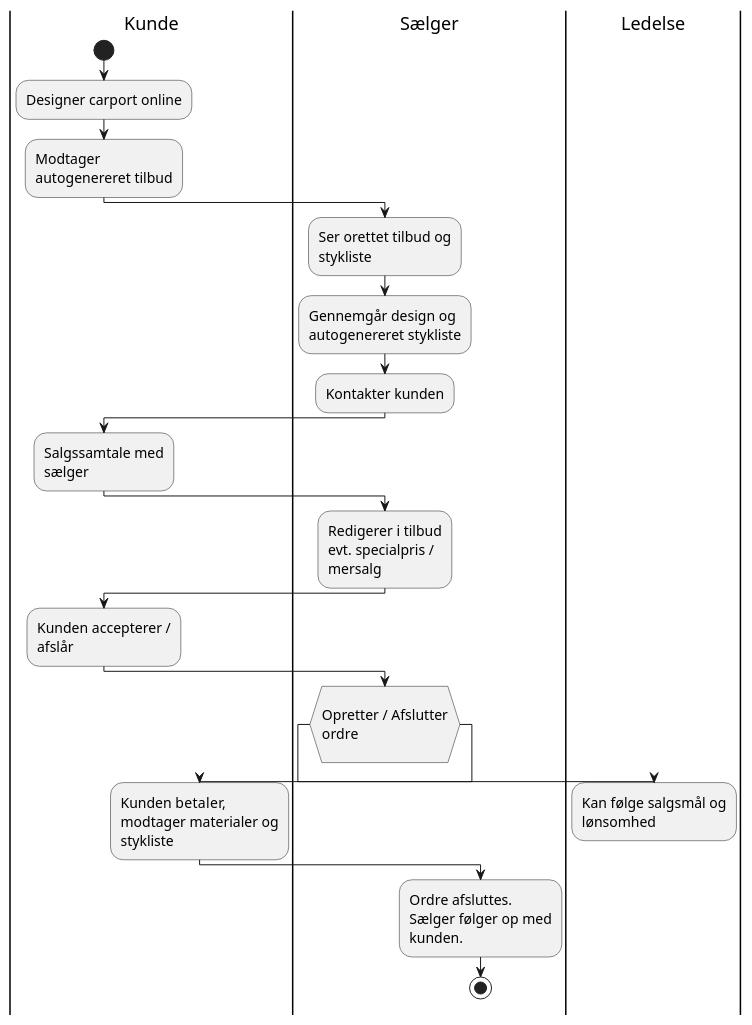
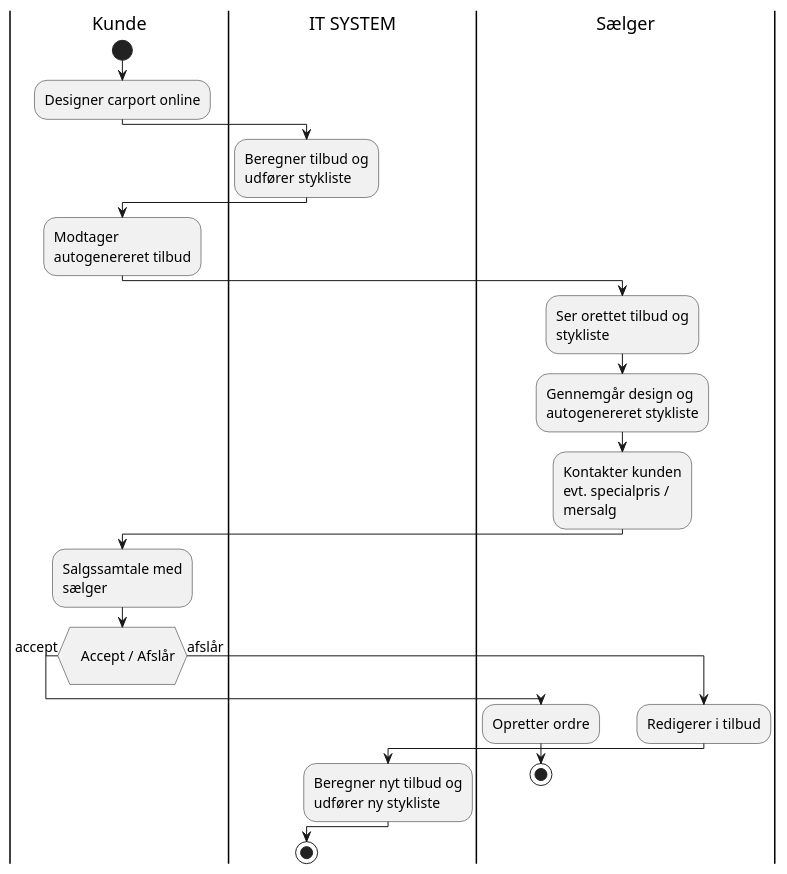
Before and after one commit to kalhauge/Fog: the second of 2 diagrams in src/main/Diagrammer/FogAktivitetsDiagram.puml, drawn with PlantUML. The commit also changed other lines of this file and 3 other files, not shown here.

```diff
--- a/src/main/Diagrammer/FogAktivitetsDiagram.puml
+++ b/src/main/Diagrammer/FogAktivitetsDiagram.puml
@@ -44,37 +44,34 @@
 @startuml
 skinparam wrapWidth 160
 skinparam activityFontSize 14
 |Kunde|
 start
 :Designer carport online;
+|IT SYSTEM|
+:Beregner tilbud og udfører stykliste;
+|Kunde|
 :Modtager autogenereret tilbud;
 |Sælger|
 :Ser orettet tilbud og stykliste;
 :Gennemgår design og autogenereret stykliste;
-:Kontakter kunden;
+:Kontakter kunden
+evt. specialpris / mersalg;
+
 |Kunde|
 :Salgssamtale med sælger;
 
+if (
+   <size:14>Accept / Afslår
+   ) then (<size:14>accept)
+  |Sælger|
+  :Opretter ordre;
+  stop
+else (<size:14>afslår)
 |Sælger|
+:Redigerer i tilbud;
 
-:Redigerer i tilbud
-evt. specialpris / mersalg;
-|Kunde|
-:Kunden accepterer / afslår;
-
-|Sælger|
-if (
-<size:14>Opretter / Afslutter ordre
-)
-|Ledelse|
-:Kan følge salgsmål og lønsomhed;
-detach
-else
-|Kunde|
-:Kunden betaler, modtager materialer og stykliste;
-|Sælger|
-:Ordre afsluttes.
-Sælger følger op med kunden.;
+|IT SYSTEM|
+:Beregner nyt tilbud og udfører ny stykliste;
+endif
 stop
-
 @enduml
```
